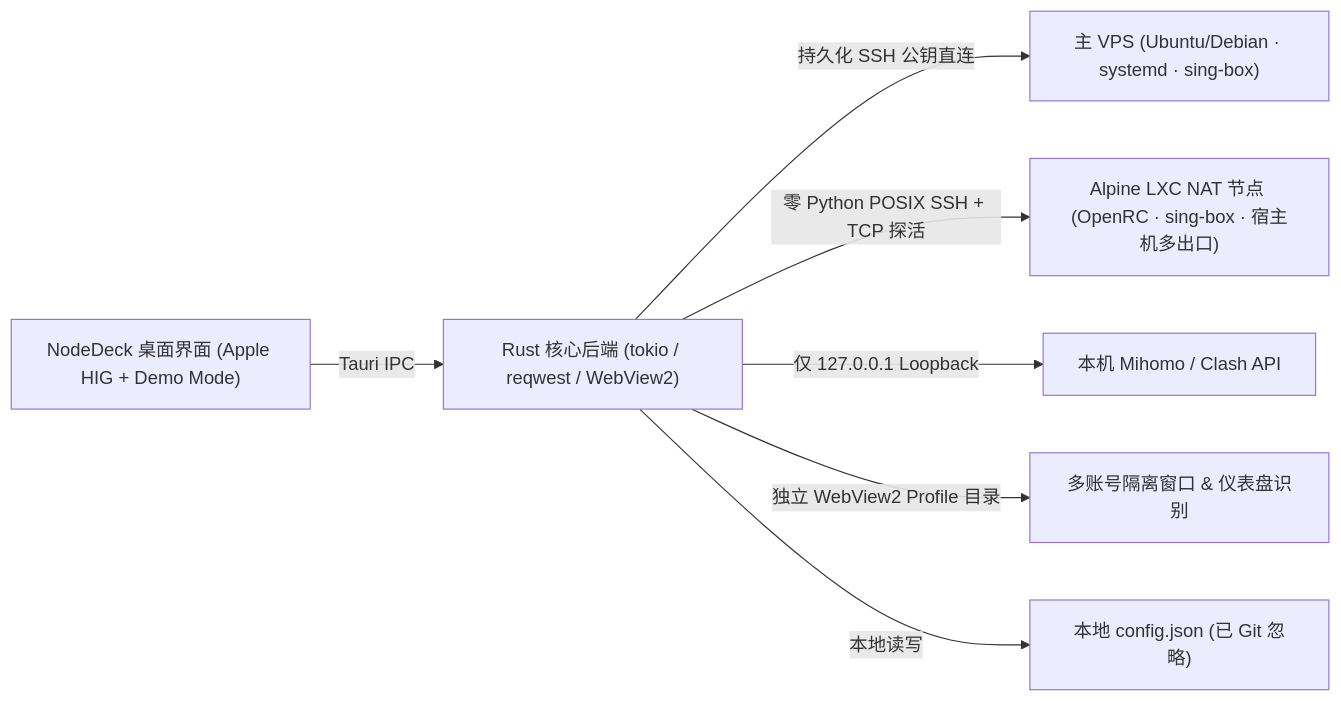
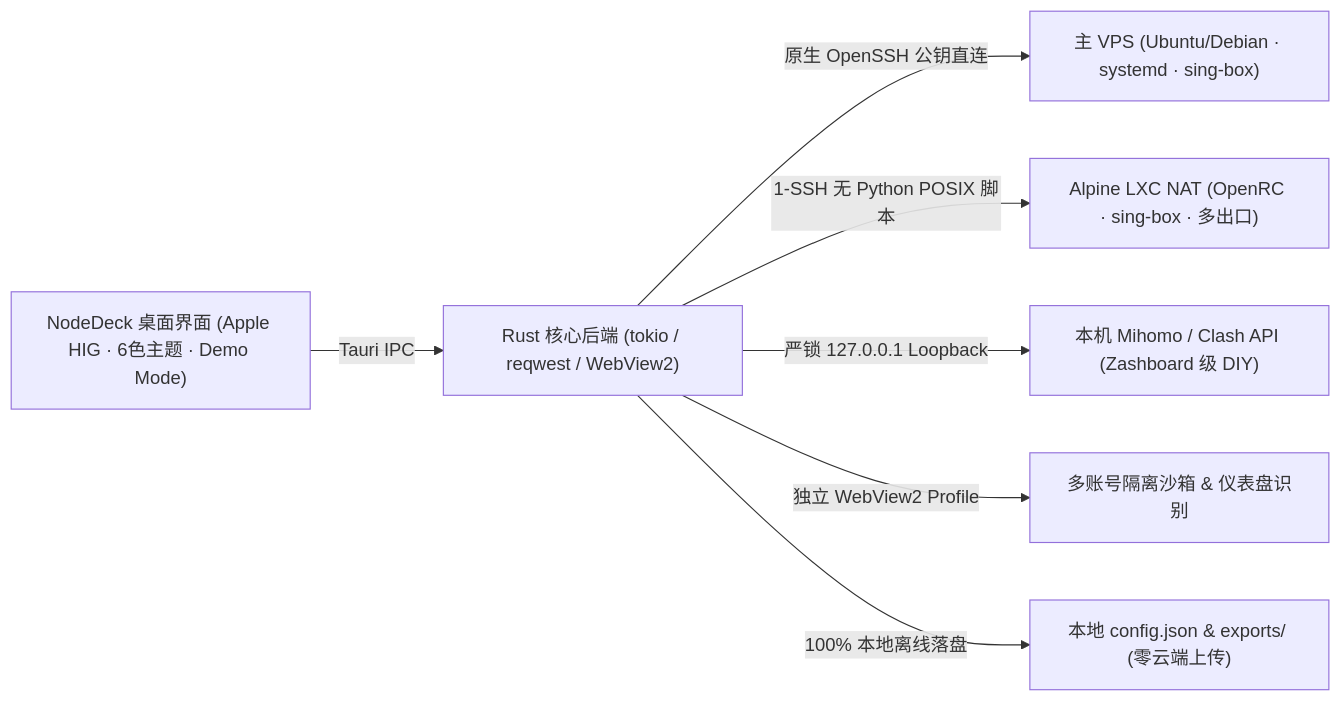
The diagram in README.md (waterplasticstudy-bot/NodeDeck), drawn with Mermaid before and after one commit. The commit also changed other lines of this file and 44 other files, not shown here.

First line of the commit message:
feat: release NodeDeck v1.2.0 with Zashboard-style DIY, flexible offline exporter, offline QR, 1-SSH Alpine bundling, and transparent SHA-256 verification

````diff
--- a/README.md
+++ b/README.md
@@ -88,9 +167,9 @@
 ```mermaid
 flowchart LR
-    UI["NodeDeck 桌面界面 (Apple HIG + Demo Mode)"] -->|Tauri IPC| CORE["Rust 核心后端 (tokio / reqwest / WebView2)"]
-    CORE -->|持久化 SSH 公钥直连| VPS["主 VPS (Ubuntu/Debian · systemd · sing-box)"]
-    CORE -->|零 Python POSIX SSH + TCP 探活| NAT["Alpine LXC NAT 节点 (OpenRC · sing-box · 宿主机多出口)"]
-    CORE -->|仅 127.0.0.1 Loopback| MIHOMO["本机 Mihomo / Clash API"]
-    CORE -->|独立 WebView2 Profile 目录| SANDBOX["多账号隔离窗口 & 仪表盘识别"]
-    CORE -->|本地读写| CFG["本地 config.json (已 Git 忽略)"]
+    UI["NodeDeck 桌面界面 (Apple HIG · 6色主题 · Demo Mode)"] -->|Tauri IPC| CORE["Rust 核心后端 (tokio / reqwest / WebView2)"]
+    CORE -->|原生 OpenSSH 公钥直连| VPS["主 VPS (Ubuntu/Debian · systemd · sing-box)"]
+    CORE -->|1-SSH 无 Python POSIX 脚本| NAT["Alpine LXC NAT (OpenRC · sing-box · 多出口)"]
+    CORE -->|严锁 127.0.0.1 Loopback| MIHOMO["本机 Mihomo / Clash API (Zashboard 级 DIY)"]
+    CORE -->|独立 WebView2 Profile| SANDBOX["多账号隔离沙箱 & 仪表盘识别"]
+    CORE -->|100% 本地离线落盘| LOCAL["本地 config.json & exports/ (零云端上传)"]
 ```
````
